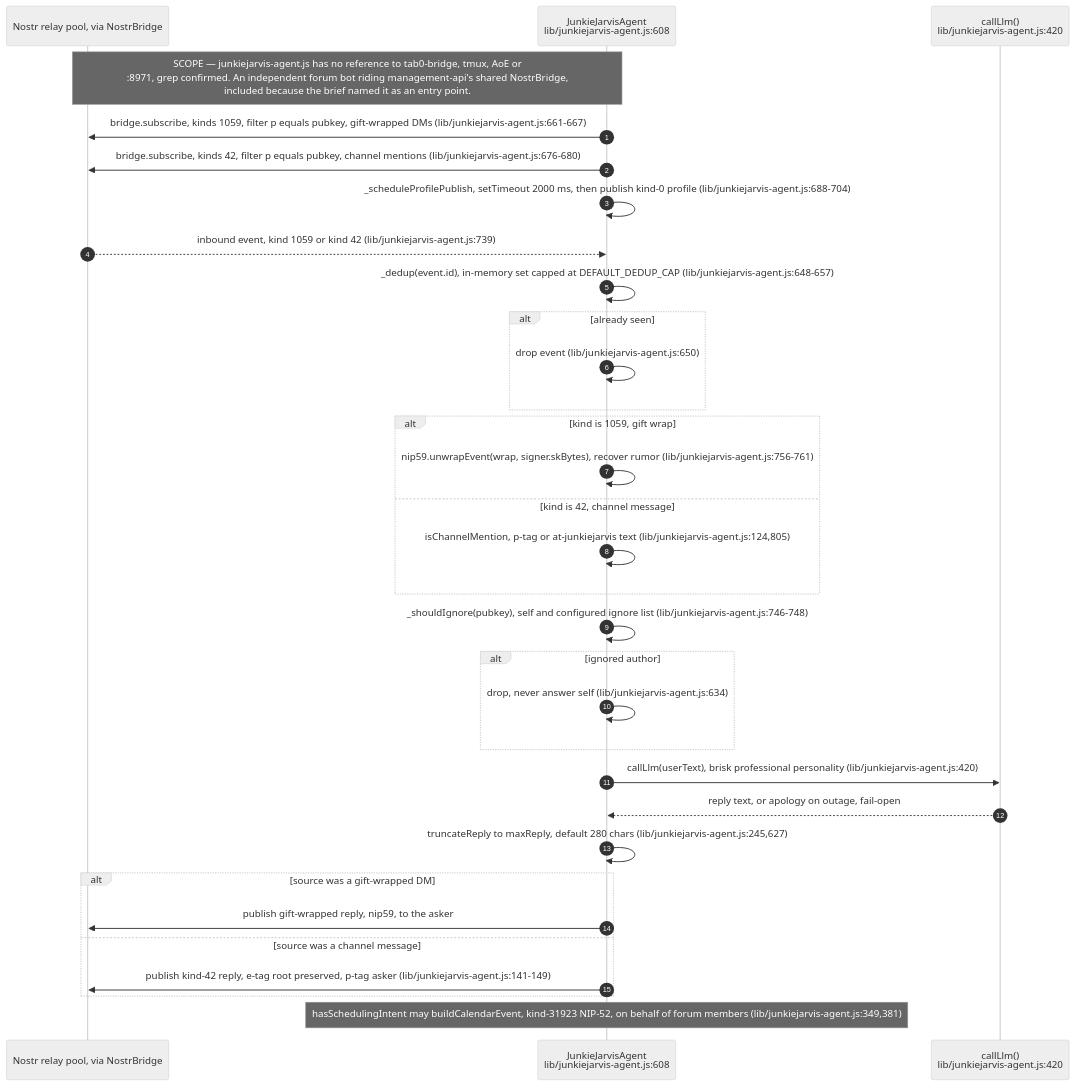
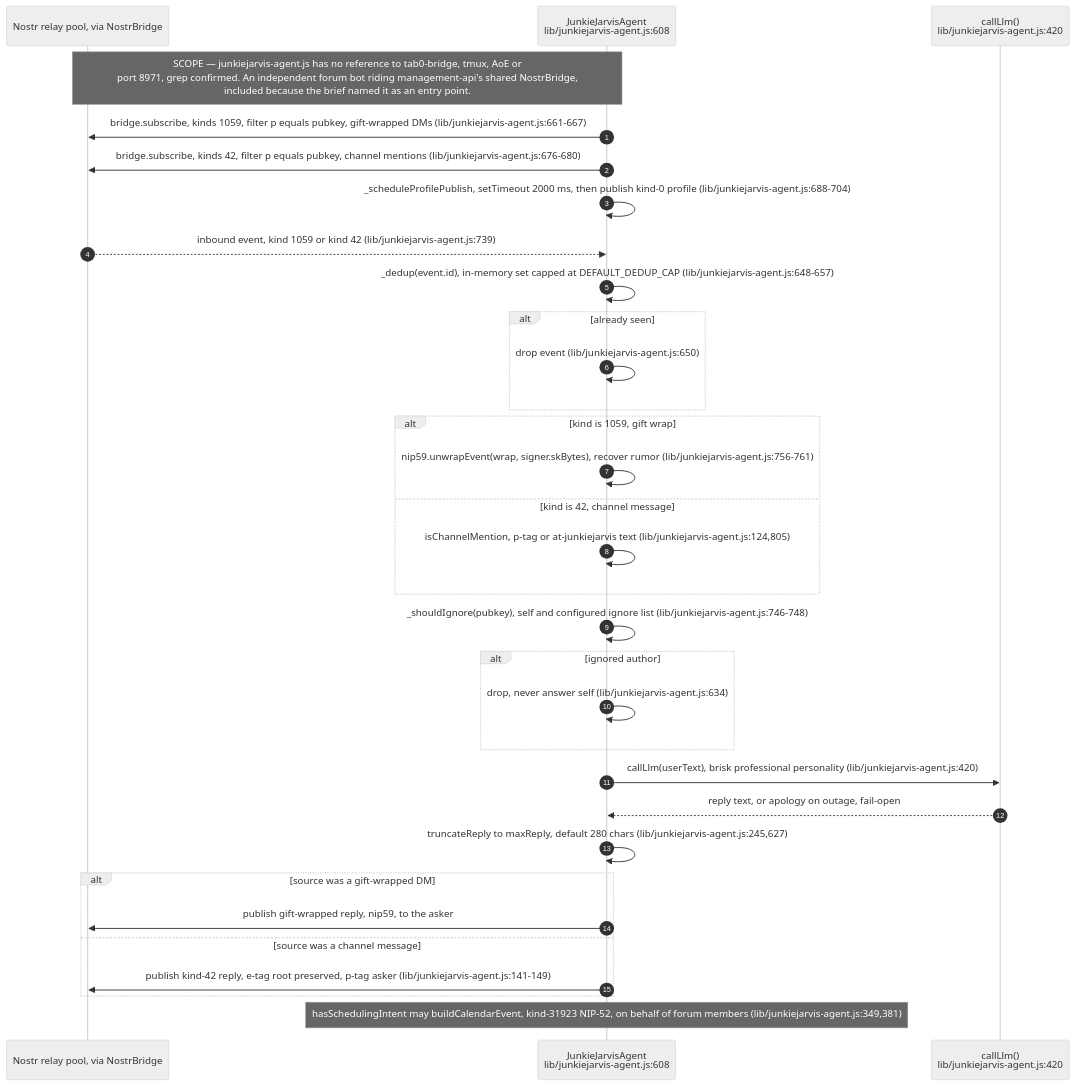
Diagram 11 of 14 in docs/diagrams/agentbox/12-tab0-bridge-and-interaction-plane.md (DreamLab-AI/VisionFlow), drawn with Mermaid (neutral theme) before and after one commit. The commit also changed other lines of this file and 52 other files, not shown here.

First line of the commit message:
docs(diagrams): wave 3 checkpoint — bare line refs resolved, revision-pinned cite-check, VC-05/AB-01..13 re-attested

````diff
--- a/docs/diagrams/agentbox/12-tab0-bridge-and-interaction-plane.md
+++ b/docs/diagrams/agentbox/12-tab0-bridge-and-interaction-plane.md
@@ -428,35 +428,35 @@
 ```mermaid
 sequenceDiagram
     autonumber
     participant R as Nostr relay pool, via NostrBridge
     participant Ag as JunkieJarvisAgent<br/>lib/junkiejarvis-agent.js:608
     participant Llm as callLlm()<br/>lib/junkiejarvis-agent.js:420
 
-Note over R,Ag: SCOPE — junkiejarvis-agent.js has no reference to tab0-bridge, tmux, AoE or<br/>:8971, grep confirmed. An independent forum bot riding management-api's shared NostrBridge,<br/>included because the brief named it as an entry point.
+Note over R,Ag: SCOPE — junkiejarvis-agent.js has no reference to tab0-bridge, tmux, AoE or<br/>port 8971, grep confirmed. An independent forum bot riding management-api's shared NostrBridge,<br/>included because the brief named it as an entry point.
     Ag->>R: bridge.subscribe, kinds 1059, filter p equals pubkey, gift-wrapped DMs (lib/junkiejarvis-agent.js:661-667)
     Ag->>R: bridge.subscribe, kinds 42, filter p equals pubkey, channel mentions (lib/junkiejarvis-agent.js:676-680)
     Ag->>Ag: _scheduleProfilePublish, setTimeout 2000 ms, then publish kind-0 profile (lib/junkiejarvis-agent.js:688-704)
     R-->>Ag: inbound event, kind 1059 or kind 42 (lib/junkiejarvis-agent.js:739)
     Ag->>Ag: _dedup(event.id), in-memory set capped at DEFAULT_DEDUP_CAP (lib/junkiejarvis-agent.js:648-657)
     alt already seen
         Ag->>Ag: drop event (lib/junkiejarvis-agent.js:650)
     end
     alt kind is 1059, gift wrap
         Ag->>Ag: nip59.unwrapEvent(wrap, signer.skBytes), recover rumor (lib/junkiejarvis-agent.js:756-761)
     else kind is 42, channel message
         Ag->>Ag: isChannelMention, p-tag or at-junkiejarvis text (lib/junkiejarvis-agent.js:124,805)
     end
     Ag->>Ag: _shouldIgnore(pubkey), self and configured ignore list (lib/junkiejarvis-agent.js:746-748)
     alt ignored author
         Ag->>Ag: drop, never answer self (lib/junkiejarvis-agent.js:634)
     end
     Ag->>Llm: callLlm(userText), brisk professional personality (lib/junkiejarvis-agent.js:420)
     Llm-->>Ag: reply text, or apology on outage, fail-open
     Ag->>Ag: truncateReply to maxReply, default 280 chars (lib/junkiejarvis-agent.js:245,627)
     alt source was a gift-wrapped DM
         Ag->>R: publish gift-wrapped reply, nip59, to the asker
     else source was a channel message
         Ag->>R: publish kind-42 reply, e-tag root preserved, p-tag asker (lib/junkiejarvis-agent.js:141-149)
     end
     Note over Ag: hasSchedulingIntent may buildCalendarEvent, kind-31923 NIP-52, on behalf of forum members (lib/junkiejarvis-agent.js:349,381)
 ```
````
